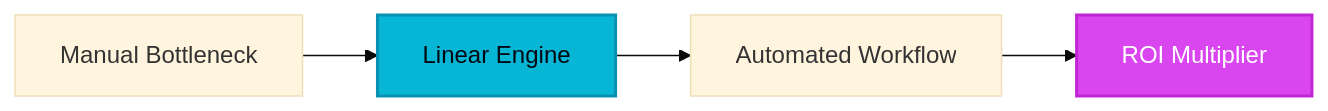
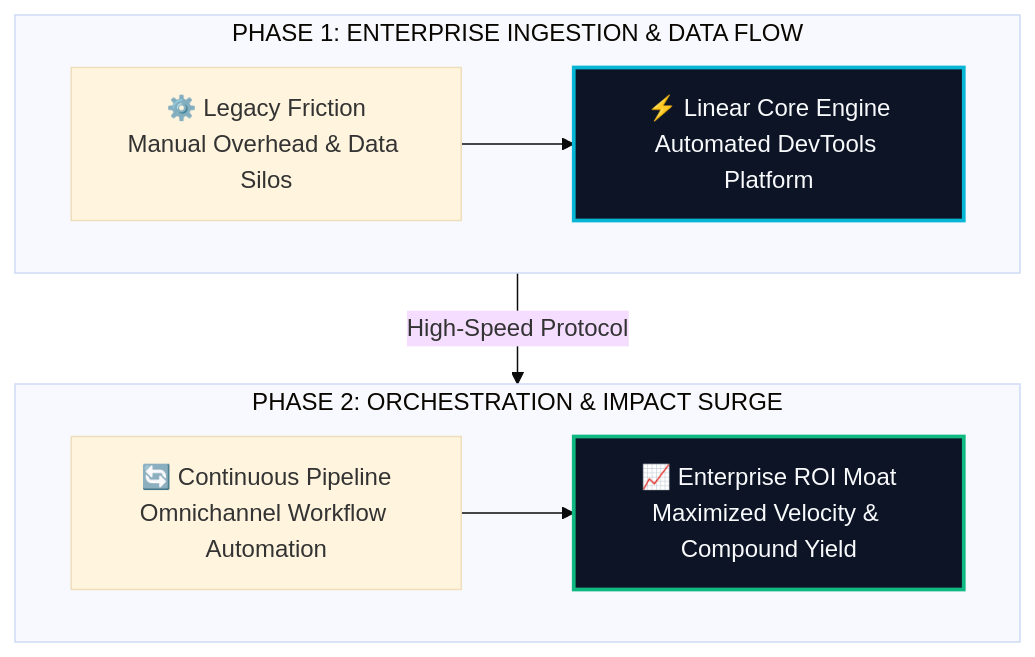
The diagram in site/src/content/blog/linear-evolution-guide-2026.md (heliatech-media/saas-radar), drawn with Mermaid (base theme) before and after one commit. The commit also changed 97 other files, not shown here.

First line of the commit message:
feat(diagrams): upgrade all article architecture schemas to high-impact 2-tier responsive vector blueprints

````diff
--- a/site/src/content/blog/linear-evolution-guide-2026.md
+++ b/site/src/content/blog/linear-evolution-guide-2026.md
@@ -56,8 +56,14 @@
 ```mermaid
-flowchart LR
-    A[Manual Bottleneck] --> B[Linear Engine]
-    B --> C[Automated Workflow]
-    C --> D[ROI Multiplier]
-    style B fill:#06b6d4,stroke:#0891b2,stroke-width:2px,color:#030712
-    style D fill:#d946ef,stroke:#c026d3,stroke-width:2px,color:#ffffff
+flowchart TD
+    subgraph S1["PHASE 1: ENTERPRISE INGESTION & DATA FLOW"]
+        direction LR
+        A["⚙️ Legacy Friction<br/>Manual Overhead & Data Silos"] --> B["⚡ Linear Core Engine<br/>Automated DevTools Platform"]
+    end
+    subgraph S2["PHASE 2: ORCHESTRATION & IMPACT SURGE"]
+        direction LR
+        C["🔄 Continuous Pipeline<br/>Omnichannel Workflow Automation"] --> D["📈 Enterprise ROI Moat<br/>Maximized Velocity & Compound Yield"]
+    end
+    S1 -->|High-Speed Protocol| S2
+    style B fill:#0c1425,stroke:#06b6d4,stroke-width:2.5px,color:#f8fafc
+    style D fill:#0c1425,stroke:#10b981,stroke-width:2.5px,color:#f8fafc
 ```
````
